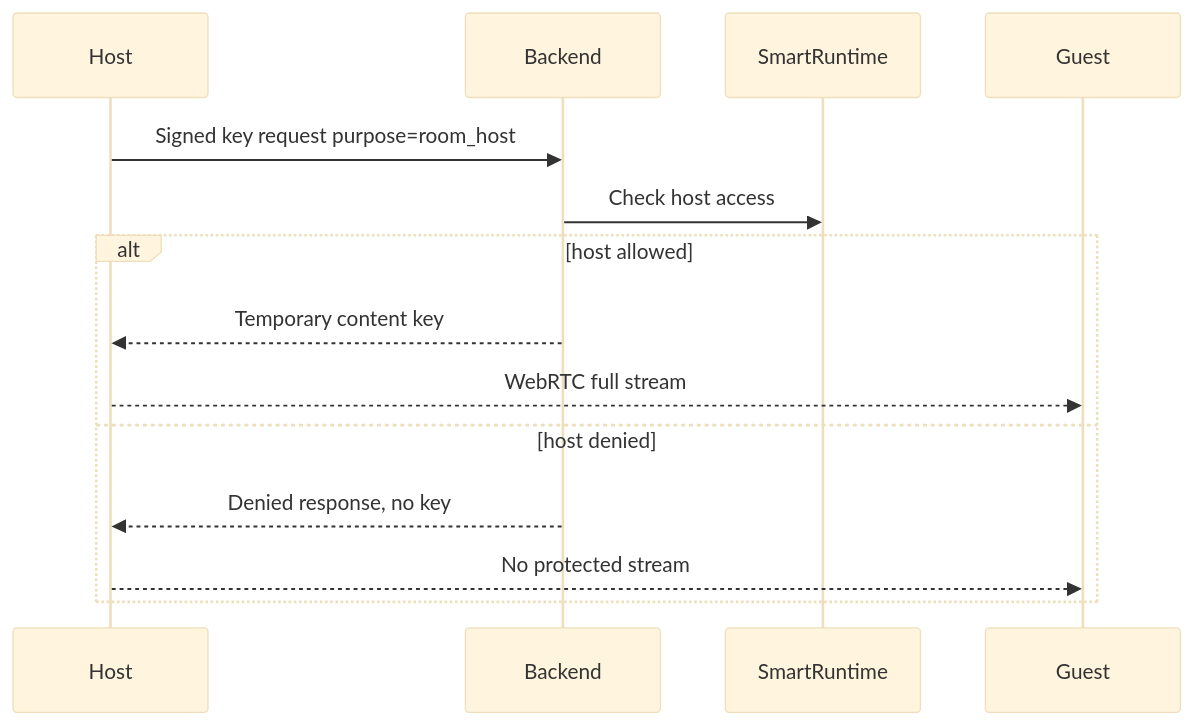
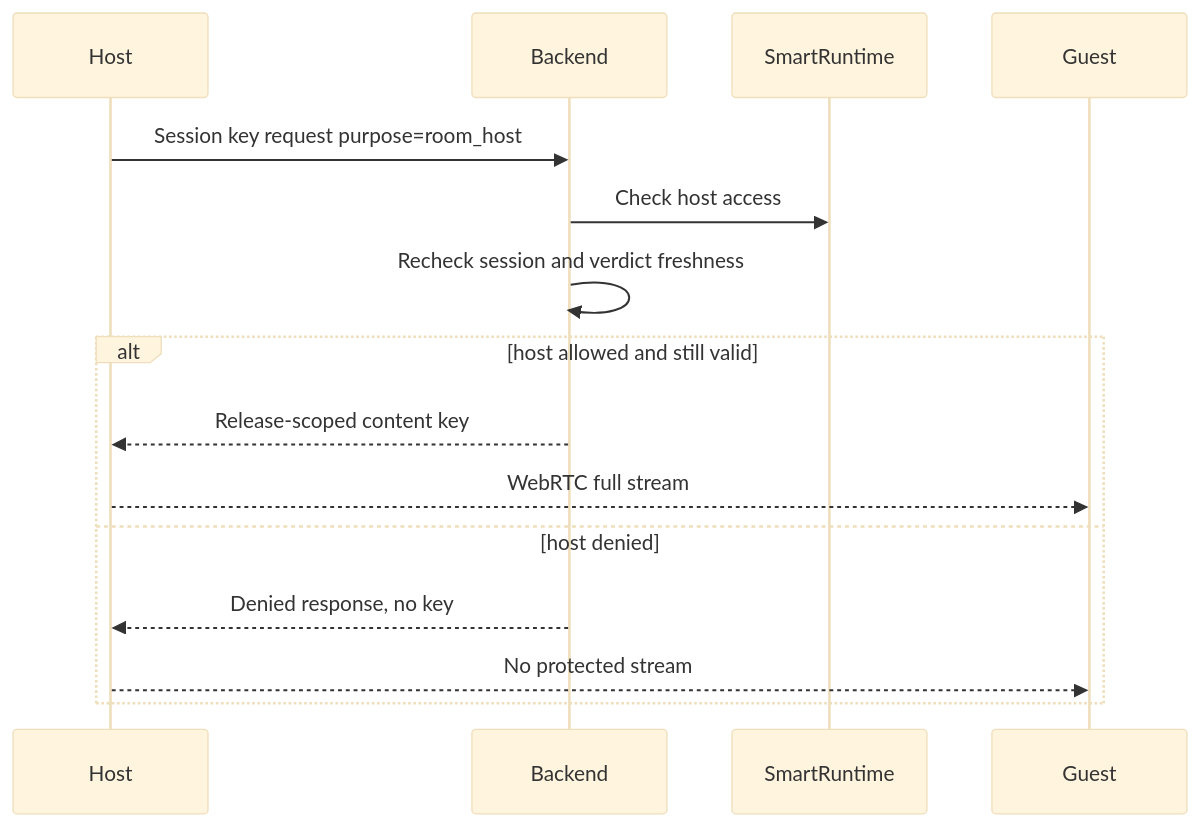
Before and after one commit to knzeng-e/dotify: the third of 3 diagrams in docs/security/content-key-delivery-threat-model.md, drawn with Mermaid (base theme). The commit also changed other lines of this file and 20 other files, not shown here.

````diff
--- a/docs/security/content-key-delivery-threat-model.md
+++ b/docs/security/content-key-delivery-threat-model.md
@@ -90,17 +99,18 @@
 ```mermaid
 sequenceDiagram
   participant H as Host
   participant API as Backend
   participant RT as SmartRuntime
   participant G as Guest
 
-  H->>API: Signed key request purpose=room_host
+  H->>API: Session key request purpose=room_host
   API->>RT: Check host access
-  alt host allowed
-    API-->>H: Temporary content key
+  API->>API: Recheck session and verdict freshness
+  alt host allowed and still valid
+    API-->>H: Release-scoped content key
     H-->>G: WebRTC full stream
   else host denied
     API-->>H: Denied response, no key
     H-->>G: No protected stream
   end
 ```
````
